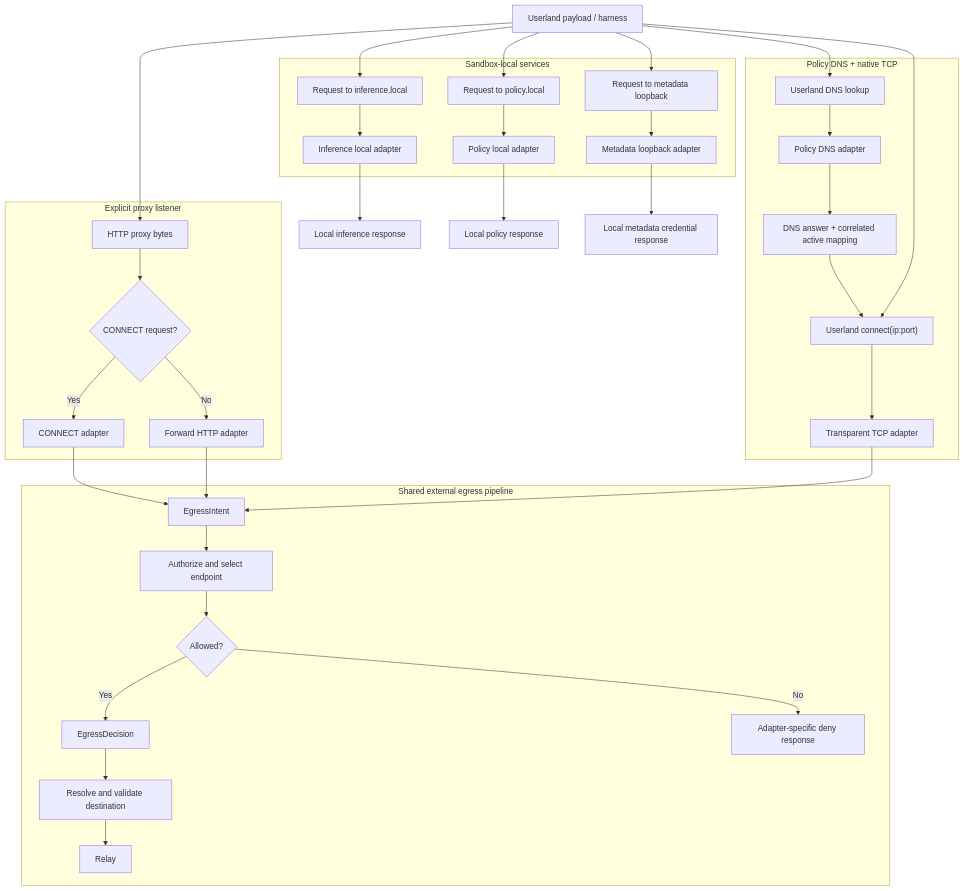
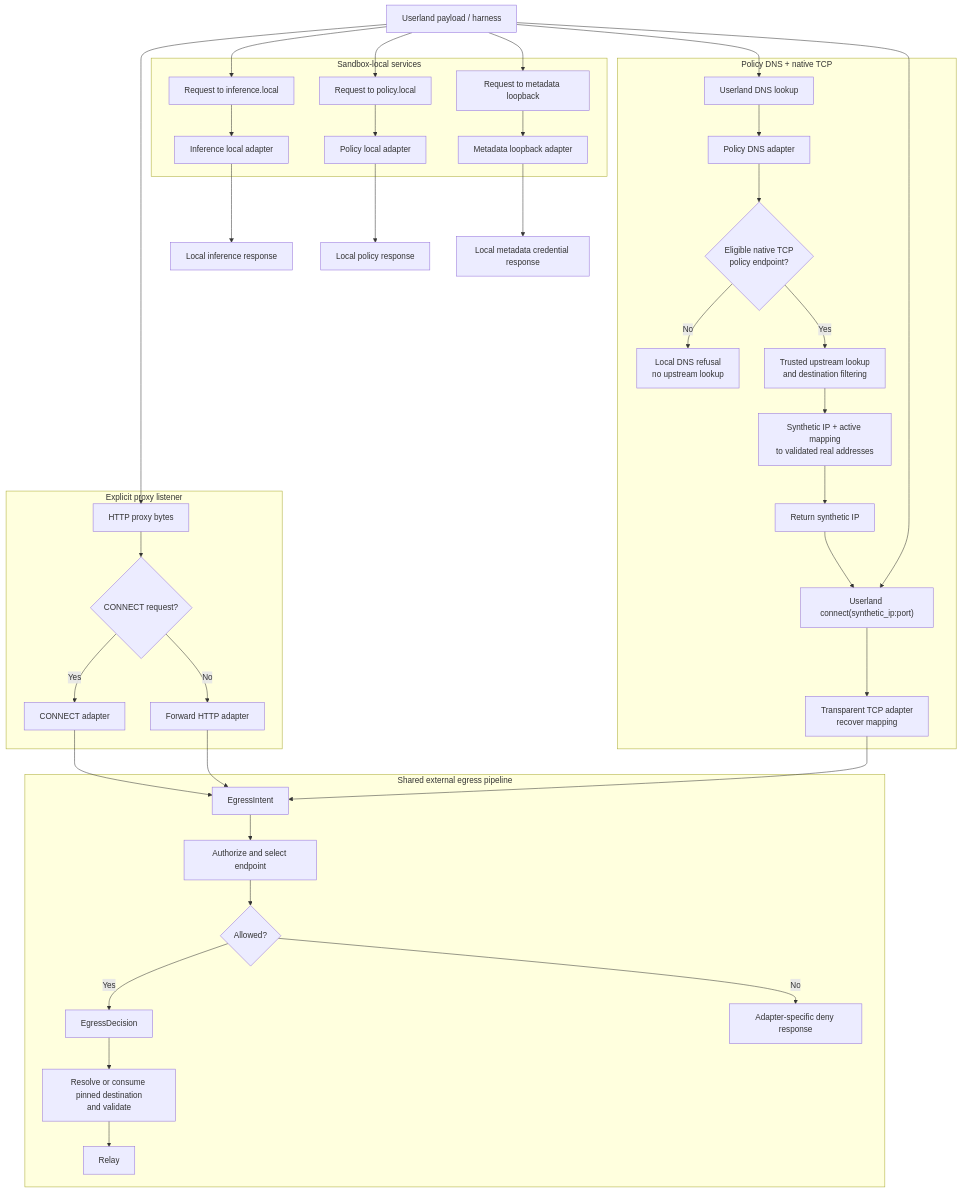
The first of 3 diagrams in rfc/0005-sandbox-proxy-egress-adapter/README.md (NVIDIA/OpenShell), drawn with Mermaid before and after one commit. The commit also changed other lines of this file and 2 other files, not shown here.

Commit message:
docs(rfc): define synthetic DNS correlation

````diff
--- a/rfc/0005-sandbox-proxy-egress-adapter/README.md
+++ b/rfc/0005-sandbox-proxy-egress-adapter/README.md
@@ -128,67 +128,75 @@
 ```mermaid
 flowchart TD
     User["Userland payload / harness"]
 
     subgraph ExplicitProxy["Explicit proxy listener"]
         ProxyBytes["HTTP proxy bytes"]
         IsConnect{"CONNECT request?"}
         Connect["CONNECT adapter"]
         Forward["Forward HTTP adapter"]
         ProxyBytes --> IsConnect
         IsConnect -- Yes --> Connect
         IsConnect -- No --> Forward
     end
 
     subgraph NativeTcp["Policy DNS + native TCP"]
         NameLookup["Userland DNS lookup"]
         PolicyDns["Policy DNS adapter"]
-        DnsAnswer["DNS answer + correlated active mapping"]
-        NativeConnect["Userland connect(ip:port)"]
-        TcpAdapter["Transparent TCP adapter"]
+        DnsEligible{"Eligible native TCP<br/>policy endpoint?"}
+        DnsDeny["Local DNS refusal<br/>no upstream lookup"]
+        TrustedDns["Trusted upstream lookup<br/>and destination filtering"]
+        DnsMapping["Synthetic IP + active mapping<br/>to validated real addresses"]
+        DnsAnswer["Return synthetic IP"]
+        NativeConnect["Userland connect(synthetic_ip:port)"]
+        TcpAdapter["Transparent TCP adapter<br/>recover mapping"]
         NameLookup --> PolicyDns
-        PolicyDns --> DnsAnswer
+        PolicyDns --> DnsEligible
+        DnsEligible -- No --> DnsDeny
+        DnsEligible -- Yes --> TrustedDns
+        TrustedDns --> DnsMapping
+        DnsMapping --> DnsAnswer
         DnsAnswer --> NativeConnect
         NativeConnect --> TcpAdapter
     end
 
     subgraph LocalApis["Sandbox-local services"]
         InferenceReq["Request to inference.local"]
         PolicyReq["Request to policy.local"]
         MetadataReq["Request to metadata loopback"]
         InferenceAdapter["Inference local adapter"]
         PolicyAdapter["Policy local adapter"]
         MetadataAdapter["Metadata loopback adapter"]
         InferenceReq --> InferenceAdapter
         PolicyReq --> PolicyAdapter
         MetadataReq --> MetadataAdapter
     end
 
     subgraph Shared["Shared external egress pipeline"]
         Intent["EgressIntent"]
         Auth["Authorize and select endpoint"]
         Decision["EgressDecision"]
-        Validate["Resolve and validate destination"]
+        Validate["Resolve or consume pinned destination<br/>and validate"]
         Relay["Relay"]
         Deny["Adapter-specific deny response"]
         Intent --> Auth
         Auth --> Allowed{"Allowed?"}
         Allowed -- No --> Deny
         Allowed -- Yes --> Decision
         Decision --> Validate
         Validate --> Relay
     end
 
     User --> ProxyBytes
     User --> NameLookup
     User --> NativeConnect
     User --> InferenceReq
     User --> PolicyReq
     User --> MetadataReq
 
     Connect --> Intent
     Forward --> Intent
     TcpAdapter --> Intent
     InferenceAdapter --> InferenceResp["Local inference response"]
     PolicyAdapter --> PolicyResp["Local policy response"]
     MetadataAdapter --> MetadataResp["Local metadata credential response"]
 ```
````
